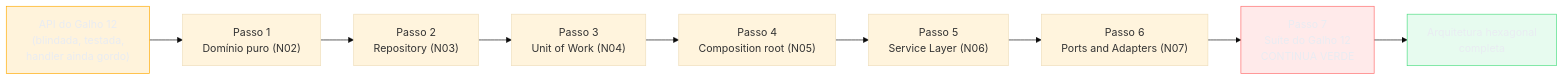
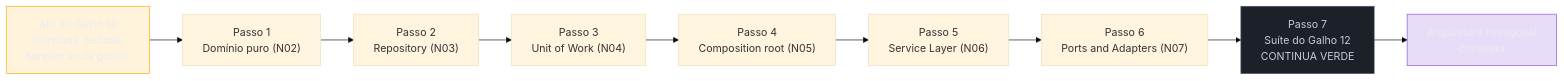
Before and after one commit to josenaldo/codex-technomanticus: the first of 4 diagrams in 03-Dominios/Tecnologia/Python/Arquitetura e Design Patterns/08 - Capstone — refatorando a API de Tarefas pra arquitetura hexagonal.md, drawn with Mermaid (base theme). The commit also changed other lines of this file and 601 other files, not shown here.

````diff
--- a/03-Dominios/Tecnologia/Python/Arquitetura e Design Patterns/08 - Capstone — refatorando a API de Tarefas pra arquitetura hexagonal.md
+++ b/03-Dominios/Tecnologia/Python/Arquitetura e Design Patterns/08 - Capstone — refatorando a API de Tarefas pra arquitetura hexagonal.md
@@ -40,18 +40,18 @@
 ```mermaid
 flowchart LR
+    classDef marca fill:#8855DF33,stroke:#8855DF,color:#E9ECF2
+    classDef neutro fill:#1B2029,stroke:#4E5666,color:#C6CCD8
     classDef destaque fill:#FFAA0024,stroke:#FFAA00,color:#E9ECF2
-    classDef falha fill:#FF6B6B24,stroke:#FF6B6B,color:#E9ECF2
-    classDef ok fill:#4ADE8021,stroke:#4ADE80,color:#E9ECF2
     G12["API do Galho 12\n(blindada, testada,\nhandler ainda gordo)"] --> P1["Passo 1\nDomínio puro (N02)"]
     P1 --> P2["Passo 2\nRepository (N03)"]
     P2 --> P3["Passo 3\nUnit of Work (N04)"]
     P3 --> P4["Passo 4\nComposition root (N05)"]
     P4 --> P5["Passo 5\nService Layer (N06)"]
     P5 --> P6["Passo 6\nPorts and Adapters (N07)"]
     P6 --> P7["Passo 7\nSuíte do Galho 12\nCONTINUA VERDE"]
     P7 --> DONE["Arquitetura hexagonal\ncompleta"]
 
     class G12 destaque
-    class P7 falha
-    class DONE ok
+    class P7 neutro
+    class DONE marca
 ```
````
